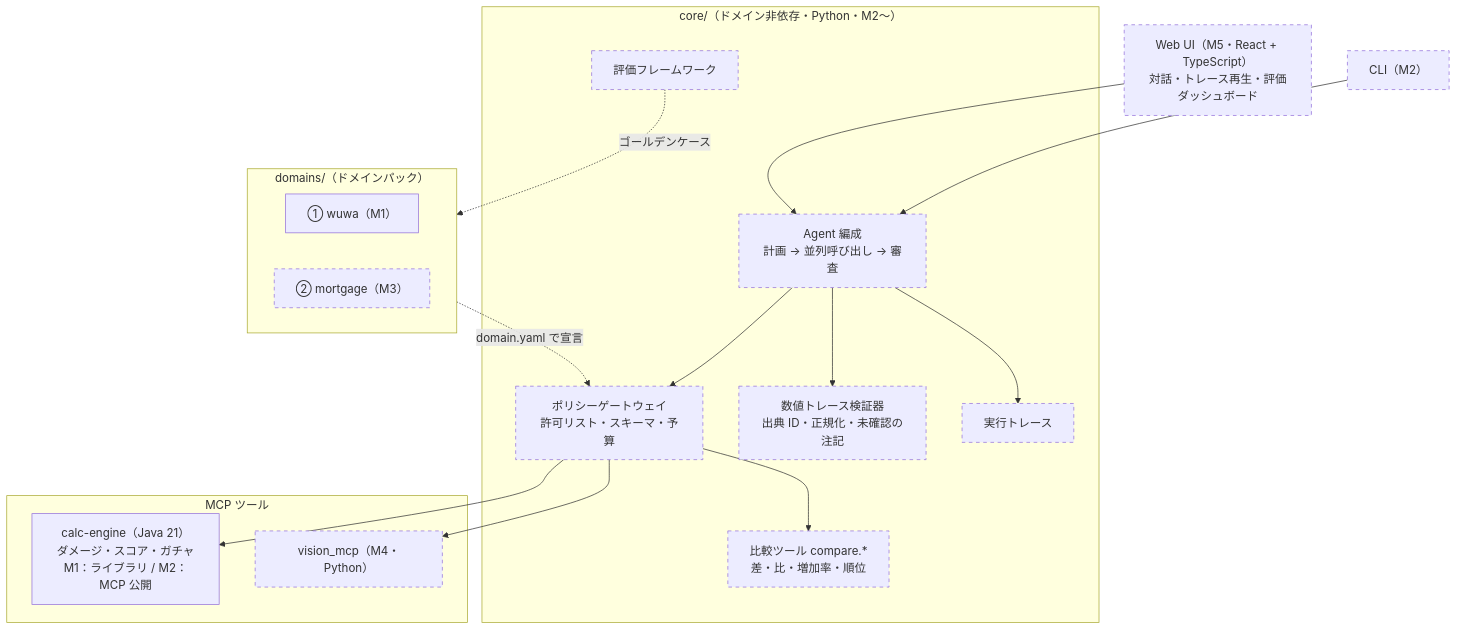
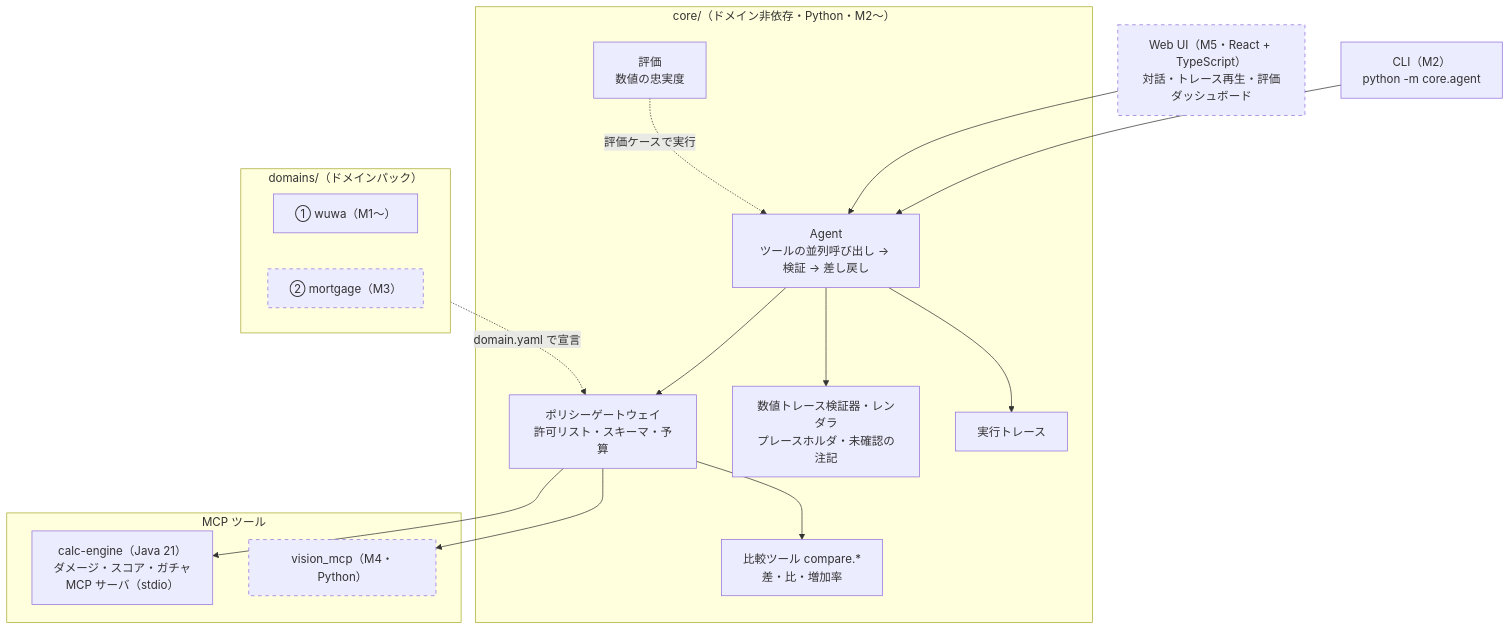
The first of 2 diagrams in docs/architecture.md (hexinlong9981/echolab), drawn with Mermaid before and after one commit. The commit also changed other lines of this file and 78 other files, not shown here.

````diff
--- a/docs/architecture.md
+++ b/docs/architecture.md
@@ -9,31 +11,31 @@
 ```mermaid
 flowchart TB
-  CLI["CLI（M2）"]
+  CLI["CLI（M2）<br/>python -m core.agent"]
   UI["Web UI（M5・React + TypeScript）<br/>対話・トレース再生・評価ダッシュボード"]
   subgraph core["core/（ドメイン非依存・Python・M2〜）"]
-    AG["Agent 編成<br/>計画 → 並列呼び出し → 審査"]
+    AG["Agent<br/>ツールの並列呼び出し → 検証 → 差し戻し"]
     GW["ポリシーゲートウェイ<br/>許可リスト・スキーマ・予算"]
-    VF["数値トレース検証器<br/>出典 ID・正規化・未確認の注記"]
-    CMP["比較ツール compare.*<br/>差・比・増加率・順位"]
-    EV["評価フレームワーク"]
+    VF["数値トレース検証器・レンダラ<br/>プレースホルダ・未確認の注記"]
+    CMP["比較ツール compare.*<br/>差・比・増加率"]
+    EV["評価<br/>数値の忠実度"]
     TR["実行トレース"]
   end
   subgraph tools["MCP ツール"]
-    CE["calc-engine（Java 21）<br/>ダメージ・スコア・ガチャ<br/>M1：ライブラリ / M2：MCP 公開"]
+    CE["calc-engine（Java 21）<br/>ダメージ・スコア・ガチャ<br/>MCP サーバ（stdio）"]
     VM["vision_mcp（M4・Python）"]
   end
   subgraph domains["domains/（ドメインパック）"]
-    D1["① wuwa（M1）"]
+    D1["① wuwa（M1〜）"]
     D3["② mortgage（M3）"]
   end
   CLI --> AG
   UI --> AG
   AG --> GW --> CE & CMP & VM
   AG --> VF
   AG --> TR
   domains -. "domain.yaml で宣言" .-> GW
-  EV -. "ゴールデンケース" .-> domains
+  EV -. "評価ケースで実行" .-> AG
 
   classDef planned stroke-dasharray: 5 5
-  class CLI,UI,AG,GW,VF,CMP,EV,TR,VM,D3 planned
+  class UI,VM,D3 planned
 ```
````
